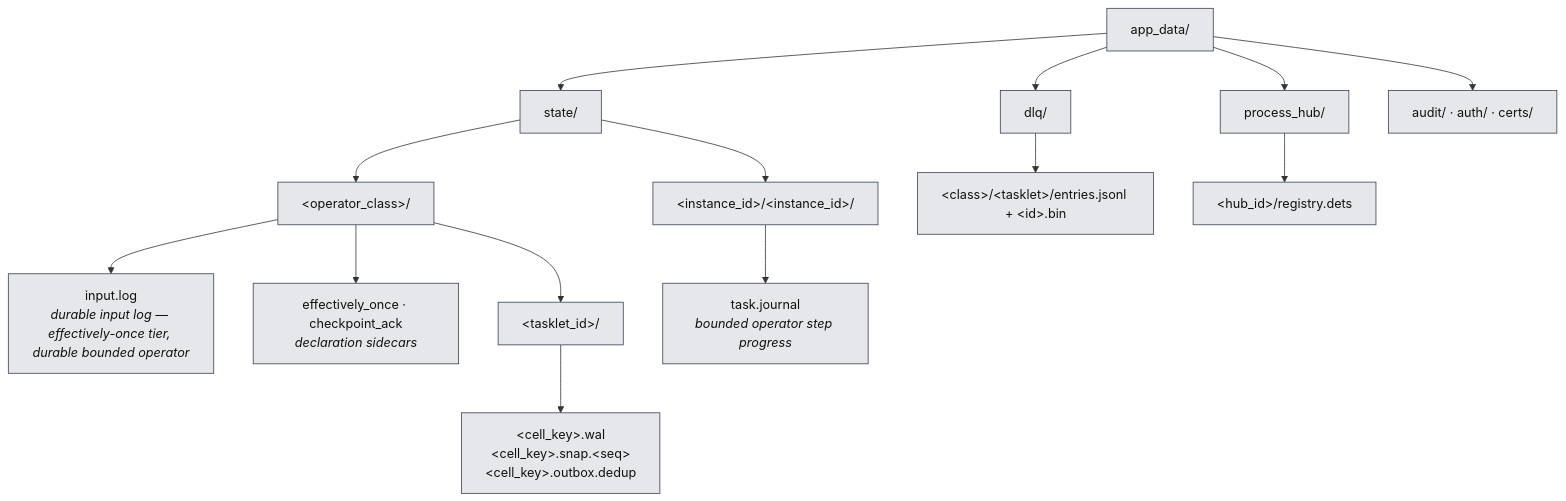
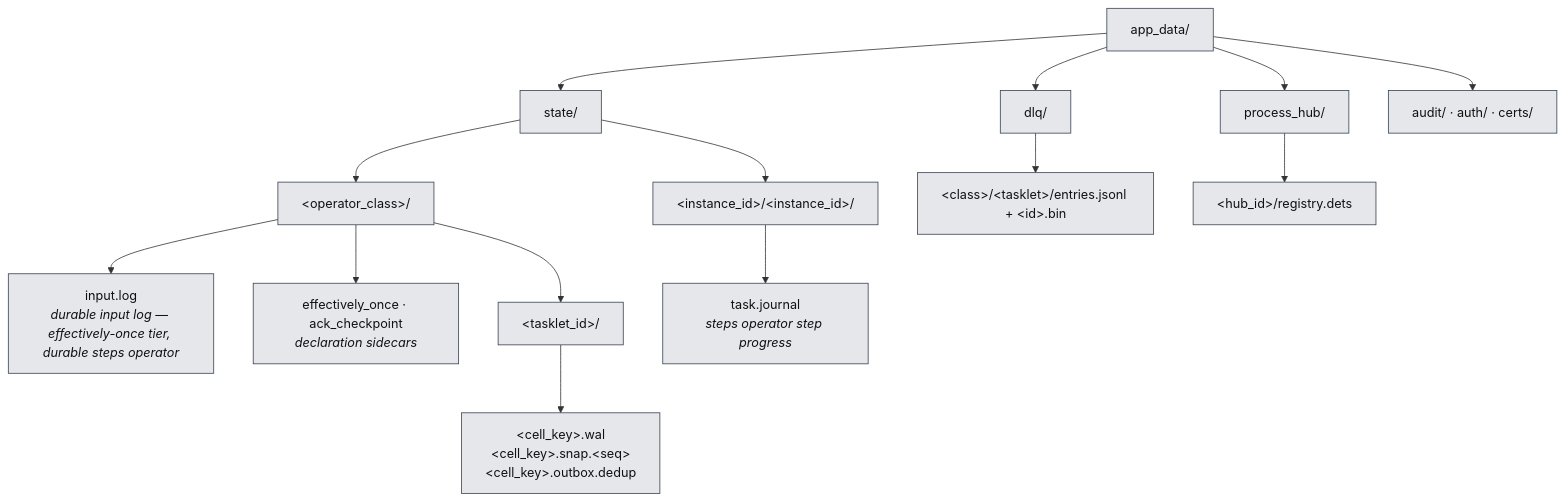
One commit to Flezha/flezha changed the eighth of 9 diagrams in docs/architecture/README.md. Above: the diagram before and after it, drawn with Mermaid. The commit also changed other lines of this file and 476 other files, not shown here.

````diff
--- a/docs/architecture/README.md
+++ b/docs/architecture/README.md
@@ -440,36 +440,36 @@
 ```mermaid
 flowchart TB
     ROOT["app_data/"]:::store
     ST["state/"]:::store
     DLQ["dlq/"]:::store
     PH["process_hub/"]:::store
     AUD["audit/ · auth/ · certs/"]:::store
 
     CLS["&lt;operator_class&gt;/"]:::store
-    IL["input.log<br/><i>durable input log — effectively-once tier, durable bounded operator</i>"]:::store
-    DECL["effectively_once · checkpoint_ack<br/><i>declaration sidecars</i>"]:::store
+    IL["input.log<br/><i>durable input log — effectively-once tier, durable steps operator</i>"]:::store
+    DECL["effectively_once · ack_checkpoint<br/><i>declaration sidecars</i>"]:::store
     OPID["&lt;tasklet_id&gt;/"]:::store
     SEG["&lt;cell_key&gt;.wal<br/>&lt;cell_key&gt;.snap.&lt;seq&gt;<br/>&lt;cell_key&gt;.outbox.dedup"]:::store
 
     INST["&lt;instance_id&gt;/&lt;instance_id&gt;/"]:::store
-    JRN["task.journal<br/><i>bounded operator step progress</i>"]:::store
+    JRN["task.journal<br/><i>steps operator step progress</i>"]:::store
 
     DLQE["&lt;class&gt;/&lt;tasklet&gt;/entries.jsonl + &lt;id&gt;.bin"]:::store
     PHR["&lt;hub_id&gt;/registry.dets"]:::store
 
     ROOT --> ST
     ROOT --> DLQ
     ROOT --> PH
     ROOT --> AUD
     ST --> CLS
     CLS --> IL
     CLS --> DECL
     CLS --> OPID
     OPID --> SEG
     ST --> INST
     INST --> JRN
     DLQ --> DLQE
     PH --> PHR
 
     classDef store fill:#e5e7eb,stroke:#374151,color:#111
 ```
````
